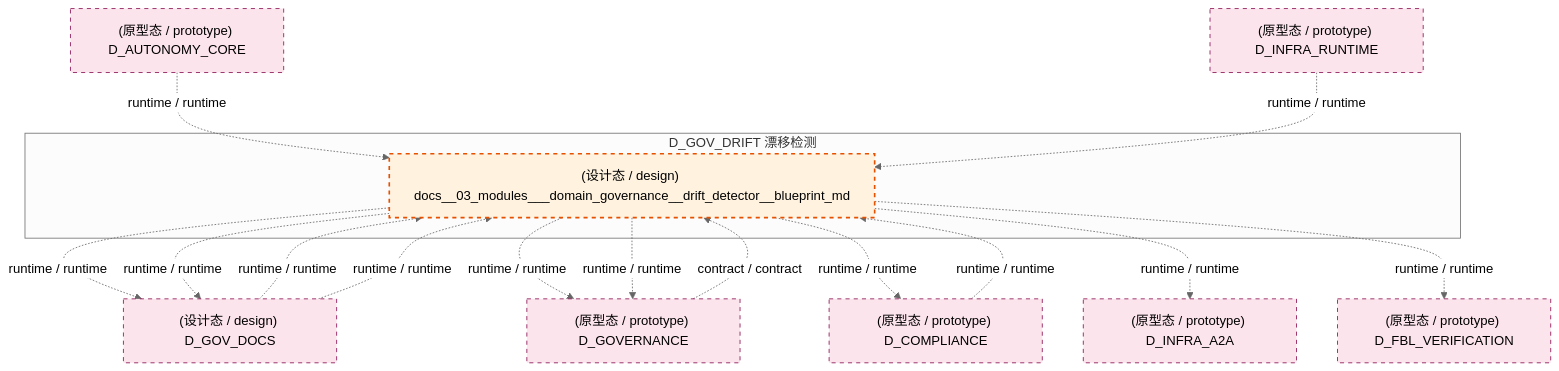
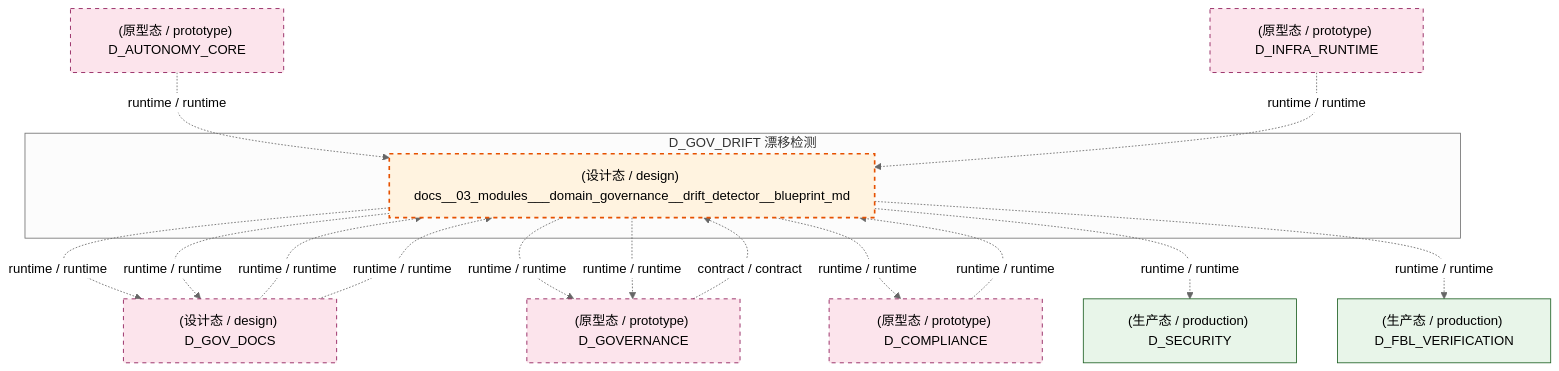
One commit to xuanFelixVan/ZephyrAlpha changed the fifth of 7 diagrams in docs/02_enterprise_architecture/02_domain_architecture_docs/41_d_gov_drift.md. Above: the diagram before and after it, drawn with Mermaid (neutral theme). The commit also changed other lines of this file and 100 other files, not shown here.

````diff
--- a/docs/02_enterprise_architecture/02_domain_architecture_docs/41_d_gov_drift.md
+++ b/docs/02_enterprise_architecture/02_domain_architecture_docs/41_d_gov_drift.md
@@ -558,32 +557,33 @@
 ```mermaid
 graph TD
     subgraph D_GOV_DRIFT["D_GOV_DRIFT 漂移检测"]
         docs_03_modules_domain_governance_drift_detector_blueprint_md["(设计态 / design) docs__03_modules___domain_governance__drift_detector__blueprint_md"]
     end
     D_GOV_DOCS["(设计态 / design) D_GOV_DOCS"]
     docs_03_modules_domain_governance_drift_detector_blueprint_md -.->|runtime / runtime| D_GOV_DOCS
     D_GOVERNANCE["(原型态 / prototype) D_GOVERNANCE"]
     docs_03_modules_domain_governance_drift_detector_blueprint_md -.->|runtime / runtime| D_GOVERNANCE
     D_COMPLIANCE["(原型态 / prototype) D_COMPLIANCE"]
     docs_03_modules_domain_governance_drift_detector_blueprint_md -.->|runtime / runtime| D_COMPLIANCE
-    D_INFRA_A2A["(原型态 / prototype) D_INFRA_A2A"]
-    docs_03_modules_domain_governance_drift_detector_blueprint_md -.->|runtime / runtime| D_INFRA_A2A
-    D_FBL_VERIFICATION["(原型态 / prototype) D_FBL_VERIFICATION"]
+    D_SECURITY["(生产态 / production) D_SECURITY"]
+    docs_03_modules_domain_governance_drift_detector_blueprint_md -.->|runtime / runtime| D_SECURITY
+    D_FBL_VERIFICATION["(生产态 / production) D_FBL_VERIFICATION"]
     docs_03_modules_domain_governance_drift_detector_blueprint_md -.->|runtime / runtime| D_FBL_VERIFICATION
     docs_03_modules_domain_governance_drift_detector_blueprint_md -.->|runtime / runtime| D_GOV_DOCS
     docs_03_modules_domain_governance_drift_detector_blueprint_md -.->|runtime / runtime| D_GOVERNANCE
     D_COMPLIANCE -.->|runtime / runtime| docs_03_modules_domain_governance_drift_detector_blueprint_md
     D_GOV_DOCS -.->|runtime / runtime| docs_03_modules_domain_governance_drift_detector_blueprint_md
     D_GOV_DOCS -.->|runtime / runtime| docs_03_modules_domain_governance_drift_detector_blueprint_md
     D_GOVERNANCE -.->|contract / contract| docs_03_modules_domain_governance_drift_detector_blueprint_md
     D_AUTONOMY_CORE["(原型态 / prototype) D_AUTONOMY_CORE"]
     D_AUTONOMY_CORE -.->|runtime / runtime| docs_03_modules_domain_governance_drift_detector_blueprint_md
     D_INFRA_RUNTIME["(原型态 / prototype) D_INFRA_RUNTIME"]
     D_INFRA_RUNTIME -.->|runtime / runtime| docs_03_modules_domain_governance_drift_detector_blueprint_md
     classDef production fill:#e1f5fe,stroke:#01579b,stroke-width:2px,color:#000
     classDef design fill:#fff3e0,stroke:#e65100,stroke-width:2px,color:#000,stroke-dasharray: 5 5
     classDef external_prod fill:#e8f5e9,stroke:#1b5e20,stroke-width:1px,color:#000
     classDef external_design fill:#fce4ec,stroke:#880e4f,stroke-width:1px,color:#000,stroke-dasharray: 5 5
     class docs_03_modules_domain_governance_drift_detector_blueprint_md design
-    class D_GOV_DOCS,D_GOVERNANCE,D_COMPLIANCE,D_INFRA_A2A,D_FBL_VERIFICATION,D_AUTONOMY_CORE,D_INFRA_RUNTIME external_design
+    class D_SECURITY,D_FBL_VERIFICATION external_prod
+    class D_GOV_DOCS,D_GOVERNANCE,D_COMPLIANCE,D_AUTONOMY_CORE,D_INFRA_RUNTIME external_design
 ```
````
